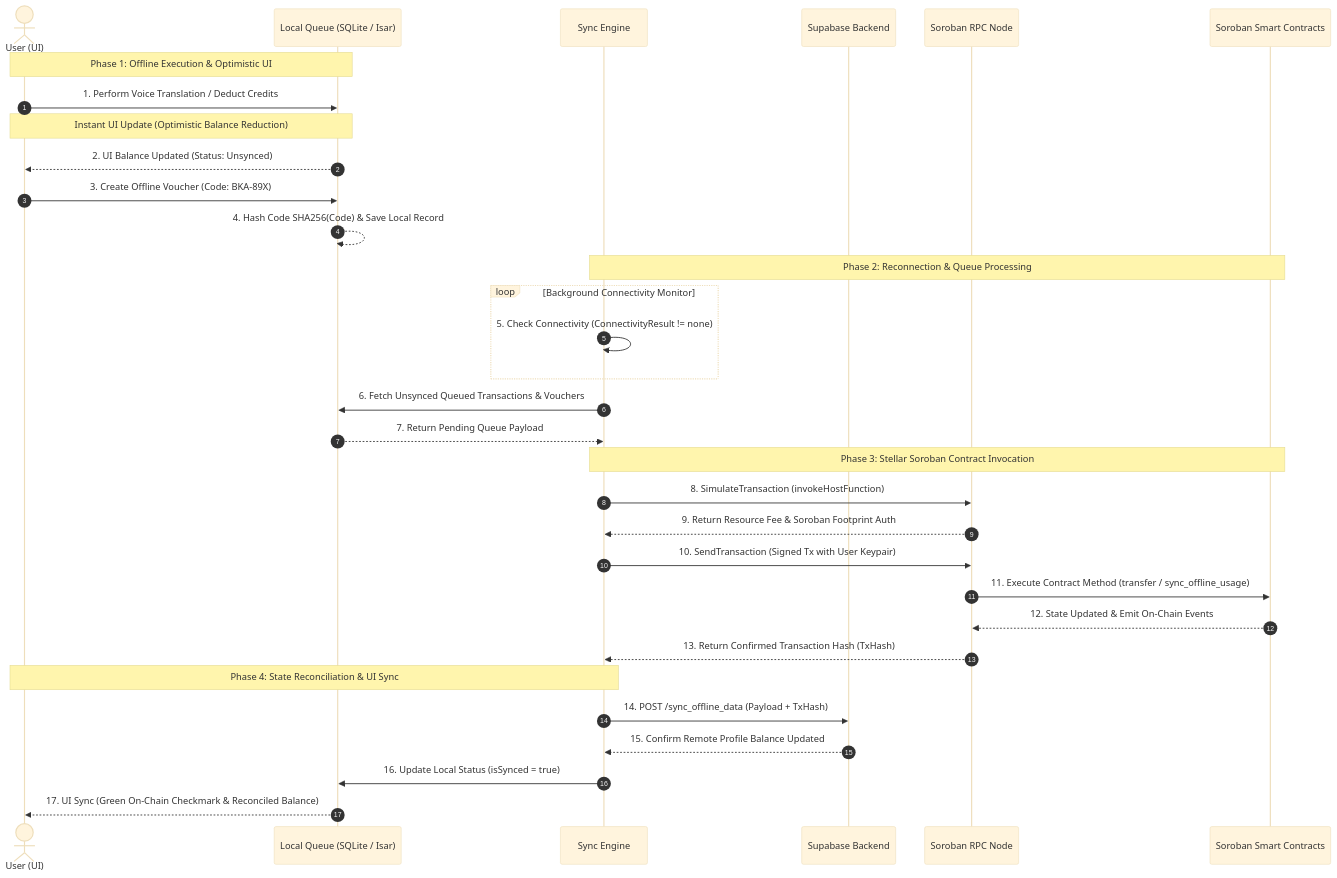
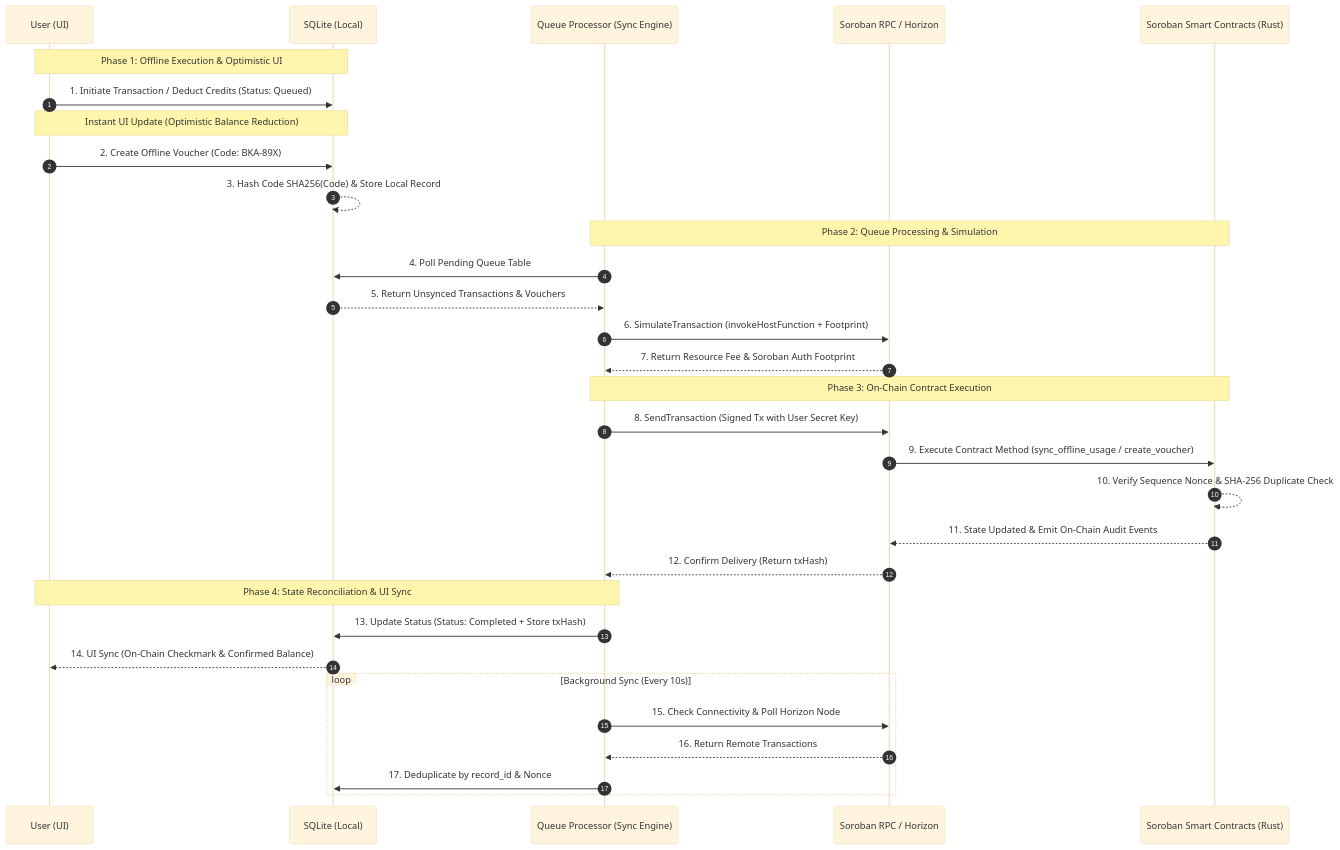
One commit to RudrakshRakeshZodage/AI_Translator changed the diagram in README.md. Above: the diagram before and after it, drawn with Mermaid (base theme). The commit also changed other lines of this file, not shown here.

````diff
--- a/README.md
+++ b/README.md
@@ -118,41 +15,40 @@
 ```mermaid
 sequenceDiagram
     autonumber
-    actor User as User (UI)
-    participant LocalDB as Local Queue (SQLite / Isar)
-    participant Sync as Sync Engine
-    participant Supabase as Supabase Backend
-    participant RPC as Soroban RPC Node
-    participant Contract as Soroban Smart Contracts
+    participant User as User (UI)
+    participant DB as SQLite (Local)
+    participant QP as Queue Processor (Sync Engine)
+    participant RPC as Soroban RPC / Horizon
+    participant Contract as Soroban Smart Contracts (Rust)
 
-    note over User,LocalDB: Phase 1: Offline Execution & Optimistic UI
-    User->>LocalDB: 1. Perform Voice Translation / Deduct Credits
-    note over User,LocalDB: Instant UI Update (Optimistic Balance Reduction)
-    LocalDB-->>User: 2. UI Balance Updated (Status: Unsynced)
+    note over User,DB: Phase 1: Offline Execution & Optimistic UI
+    User->>DB: 1. Initiate Transaction / Deduct Credits (Status: Queued)
+    note over User,DB: Instant UI Update (Optimistic Balance Reduction)
     
-    User->>LocalDB: 3. Create Offline Voucher (Code: BKA-89X)
-    LocalDB-->>LocalDB: 4. Hash Code SHA256(Code) & Save Local Record
+    User->>DB: 2. Create Offline Voucher (Code: BKA-89X)
+    DB-->>DB: 3. Hash Code SHA256(Code) & Store Local Record
 
-    note over Sync,Contract: Phase 2: Reconnection & Queue Processing
-    loop Background Connectivity Monitor
-        Sync->>Sync: 5. Check Connectivity (ConnectivityResult != none)
+    note over QP,Contract: Phase 2: Queue Processing & Simulation
+    QP->>DB: 4. Poll Pending Queue Table
+    DB-->>QP: 5. Return Unsynced Transactions & Vouchers
+    
+    QP->>RPC: 6. SimulateTransaction (invokeHostFunction + Footprint)
+    RPC-->>QP: 7. Return Resource Fee & Soroban Auth Footprint
+
+    note over QP,Contract: Phase 3: On-Chain Contract Execution
+    QP->>RPC: 8. SendTransaction (Signed Tx with User Secret Key)
+    RPC->>Contract: 9. Execute Contract Method (sync_offline_usage / create_voucher)
+    Contract-->>Contract: 10. Verify Sequence Nonce & SHA-256 Duplicate Check
+    Contract-->>RPC: 11. State Updated & Emit On-Chain Audit Events
+    RPC-->>QP: 12. Confirm Delivery (Return txHash)
+
+    note over QP,User: Phase 4: State Reconciliation & UI Sync
+    QP->>DB: 13. Update Status (Status: Completed + Store txHash)
+    DB-->>User: 14. UI Sync (On-Chain Checkmark & Confirmed Balance)
+
+    loop Background Sync (Every 10s)
+        QP->>RPC: 15. Check Connectivity & Poll Horizon Node
+        RPC-->>QP: 16. Return Remote Transactions
+        QP->>DB: 17. Deduplicate by record_id & Nonce
     end
-    
-    Sync->>LocalDB: 6. Fetch Unsynced Queued Transactions & Vouchers
-    LocalDB-->>Sync: 7. Return Pending Queue Payload
-
-    note over Sync,Contract: Phase 3: Stellar Soroban Contract Invocation
-    Sync->>RPC: 8. SimulateTransaction (invokeHostFunction)
-    RPC-->>Sync: 9. Return Resource Fee & Soroban Footprint Auth
-    Sync->>RPC: 10. SendTransaction (Signed Tx with User Keypair)
-    
-    RPC->>Contract: 11. Execute Contract Method (transfer / sync_offline_usage)
-    Contract-->>RPC: 12. State Updated & Emit On-Chain Events
-    RPC-->>Sync: 13. Return Confirmed Transaction Hash (TxHash)
-
-    note over Sync,User: Phase 4: State Reconciliation & UI Sync
-    Sync->>Supabase: 14. POST /sync_offline_data (Payload + TxHash)
-    Supabase-->>Sync: 15. Confirm Remote Profile Balance Updated
-    Sync->>LocalDB: 16. Update Local Status (isSynced = true)
-    LocalDB-->>User: 17. UI Sync (Green On-Chain Checkmark & Reconciled Balance)
 ```
````
